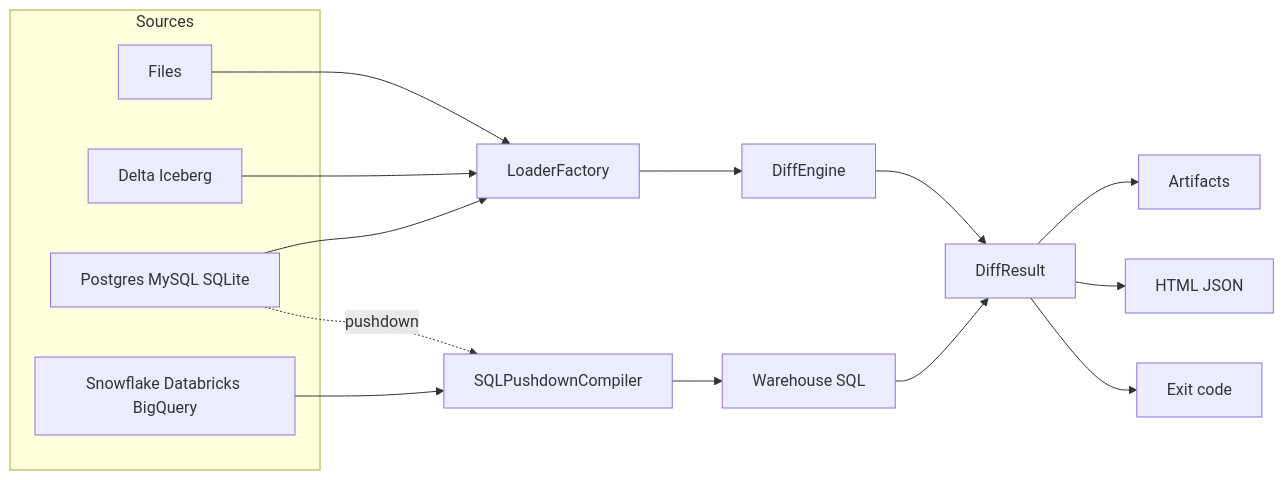
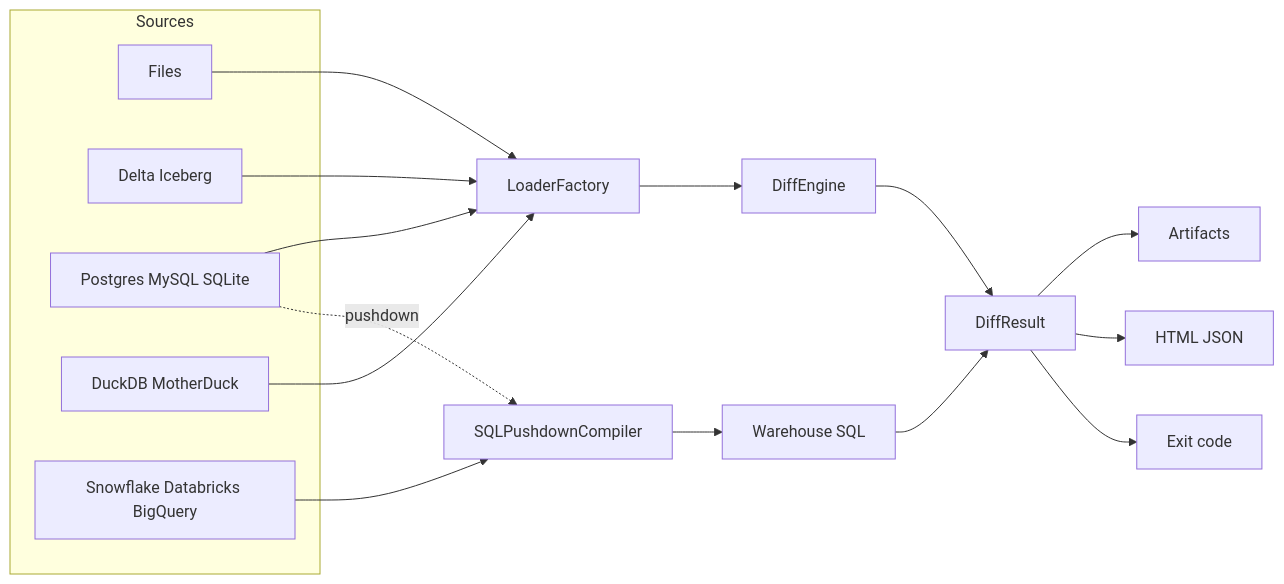
The diagram in docs/index.md (Veridelta/veridelta), drawn with Mermaid before and after one commit. The commit also changed other lines of this file and 28 other files, not shown here.

First line of the commit message:
feat: read DuckDB files and MotherDuck databases (#93)

````diff
--- a/docs/index.md
+++ b/docs/index.md
@@ -36,21 +36,23 @@
 ```mermaid
 flowchart LR
   subgraph sources [Sources]
     files[Files]
     lakehouse[Delta Iceberg]
     databases[Postgres MySQL SQLite]
+    duckdb[DuckDB MotherDuck]
     warehouse[Snowflake Databricks BigQuery]
   end
   files --> loader[LoaderFactory]
   lakehouse --> loader
   databases --> loader
+  duckdb --> loader
   warehouse --> compiler[SQLPushdownCompiler]
   databases -. pushdown .-> compiler
   loader --> engine["DiffEngine"]
   engine --> result[DiffResult]
   compiler --> warehouseSql[Warehouse SQL]
   warehouseSql --> result
   result --> artifacts[Artifacts]
   result --> reports["HTML JSON"]
   result --> exitCode[Exit code]
 ```
````
